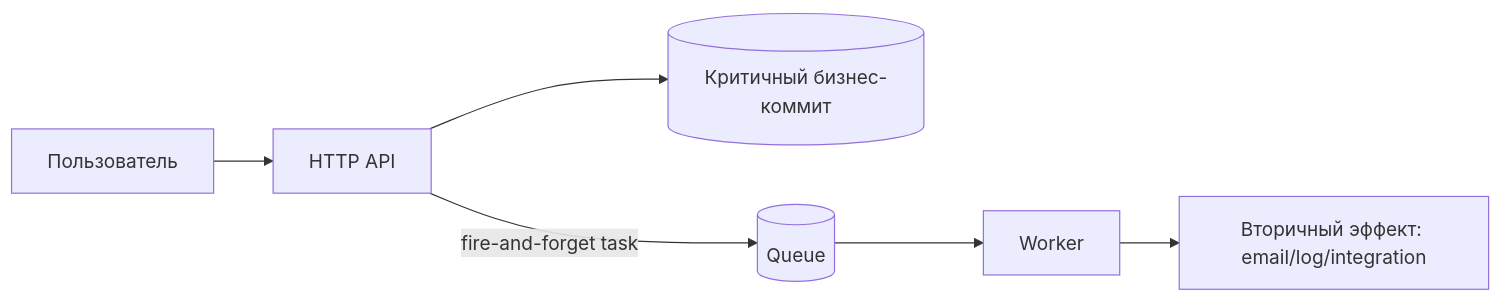
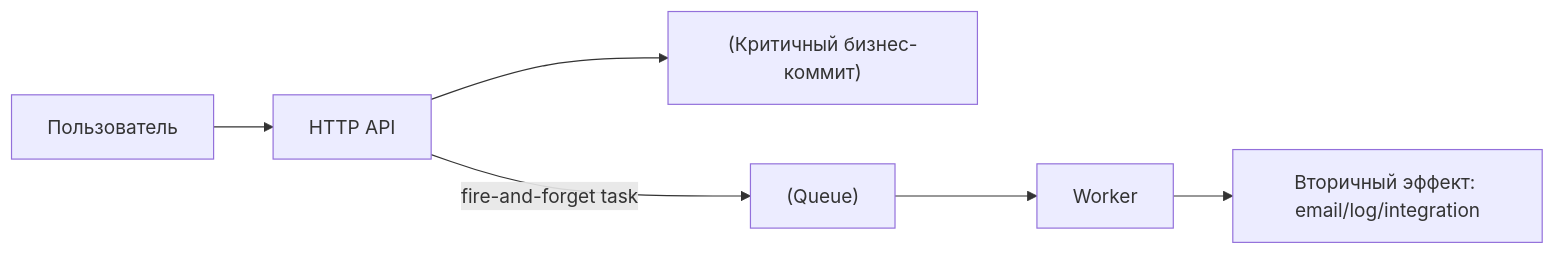
Before and after one commit to DDoSKudya/ai-study-atlas: the diagram in directions/services/celery/pact/20_prakticheskie_arkhitekturnye_patterny/11_20_20_1_fire_and_forget_zadachi.md, drawn with Mermaid. The commit also changed 322 other files, not shown here.

Commit message:
fix(docs): make mermaid diagrams GitHub-compatible across directions content

````diff
--- a/directions/services/celery/pact/20_prakticheskie_arkhitekturnye_patterny/11_20_20_1_fire_and_forget_zadachi.md
+++ b/directions/services/celery/pact/20_prakticheskie_arkhitekturnye_patterny/11_20_20_1_fire_and_forget_zadachi.md
@@ -44,8 +44,8 @@
 ```mermaid
 flowchart LR
-  U[Пользователь] --> API[HTTP API]
-  API --> CORE[(Критичный бизнес-коммит)]
-  API -->|fire-and-forget task| Q[(Queue)]
-  Q --> W[Worker]
-  W --> SIDE[Вторичный эффект: email/log/integration]
+  U["Пользователь"] --> API["HTTP API"]
+  API --> CORE["(Критичный бизнес-коммит)"]
+  API -->|fire-and-forget task| Q["(Queue)"]
+  Q --> W["Worker"]
+  W --> SIDE["Вторичный эффект: email/log/integration"]
 ```
````
